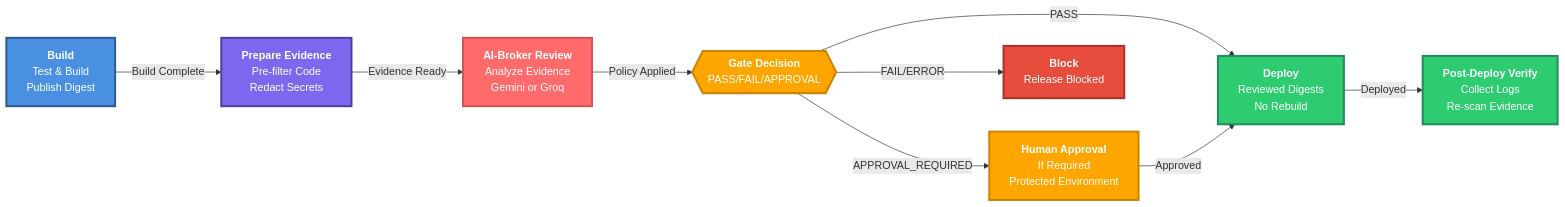
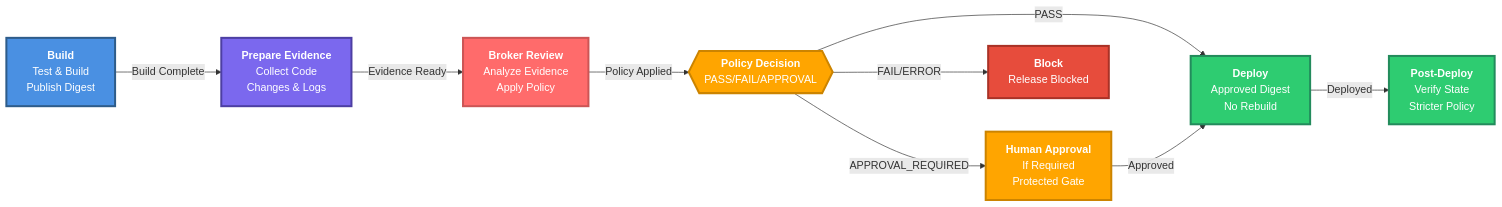
One commit to Georges034302/DRA2.0-POC-Demo-app changed the first of 2 diagrams in README.md. Above: the diagram before and after it, drawn with Mermaid. The commit also changed other lines of this file and 2 other files, not shown here.

````diff
--- a/README.md
+++ b/README.md
@@ -21,28 +25,28 @@
 ```mermaid
 flowchart LR
     A["<b>Build</b><br/>Test & Build<br/>Publish Digest"] 
-    B["<b>Prepare Evidence</b><br/>Pre-filter Code<br/>Redact Secrets"]
-    C["<b>AI-Broker Review</b><br/>Analyze Evidence<br/>Gemini or Groq"]
-    D{{"<b>Gate Decision</b><br/>PASS/FAIL/APPROVAL"}}
-    E["<b>Human Approval</b><br/>If Required<br/>Protected Environment"]
-    F["<b>Deploy</b><br/>Reviewed Digests<br/>No Rebuild"]
-    G["<b>Post-Deploy Verify</b><br/>Collect Logs<br/>Re-scan Evidence"]
+    B["<b>Prepare Evidence</b><br/>Collect Code<br/>Changes & Logs"]
+    C["<b>Broker Review</b><br/>Analyze Evidence<br/>Apply Policy"]
+    D{{"<b>Policy Decision</b><br/>PASS/FAIL/APPROVAL"}}
+    E["<b>Human Approval</b><br/>If Required<br/>Protected Gate"]
+    F["<b>Deploy</b><br/>Approved Digest<br/>No Rebuild"]
+    G["<b>Post-Deploy</b><br/>Verify State<br/>Stricter Policy"]
     
     A -->|Build Complete| B
     B -->|Evidence Ready| C
     C -->|Policy Applied| D
     D -->|PASS| F
     D -->|APPROVAL_REQUIRED| E
     E -->|Approved| F
     D -->|FAIL/ERROR| H["<b>Block</b><br/>Release Blocked"]
     F -->|Deployed| G
     
     style A fill:#4A90E2,stroke:#2E5C8A,color:#fff,stroke-width:3px
     style B fill:#7B68EE,stroke:#4D3FA3,color:#fff,stroke-width:3px
     style C fill:#FF6B6B,stroke:#CC5555,color:#fff,stroke-width:3px
     style D fill:#FFA500,stroke:#CC8400,color:#fff,stroke-width:3px
     style E fill:#FFA500,stroke:#CC8400,color:#fff,stroke-width:3px
     style F fill:#2ECC71,stroke:#238B5C,color:#fff,stroke-width:3px
     style G fill:#2ECC71,stroke:#238B5C,color:#fff,stroke-width:3px
     style H fill:#E74C3C,stroke:#A93226,color:#fff,stroke-width:3px
 ```
````
